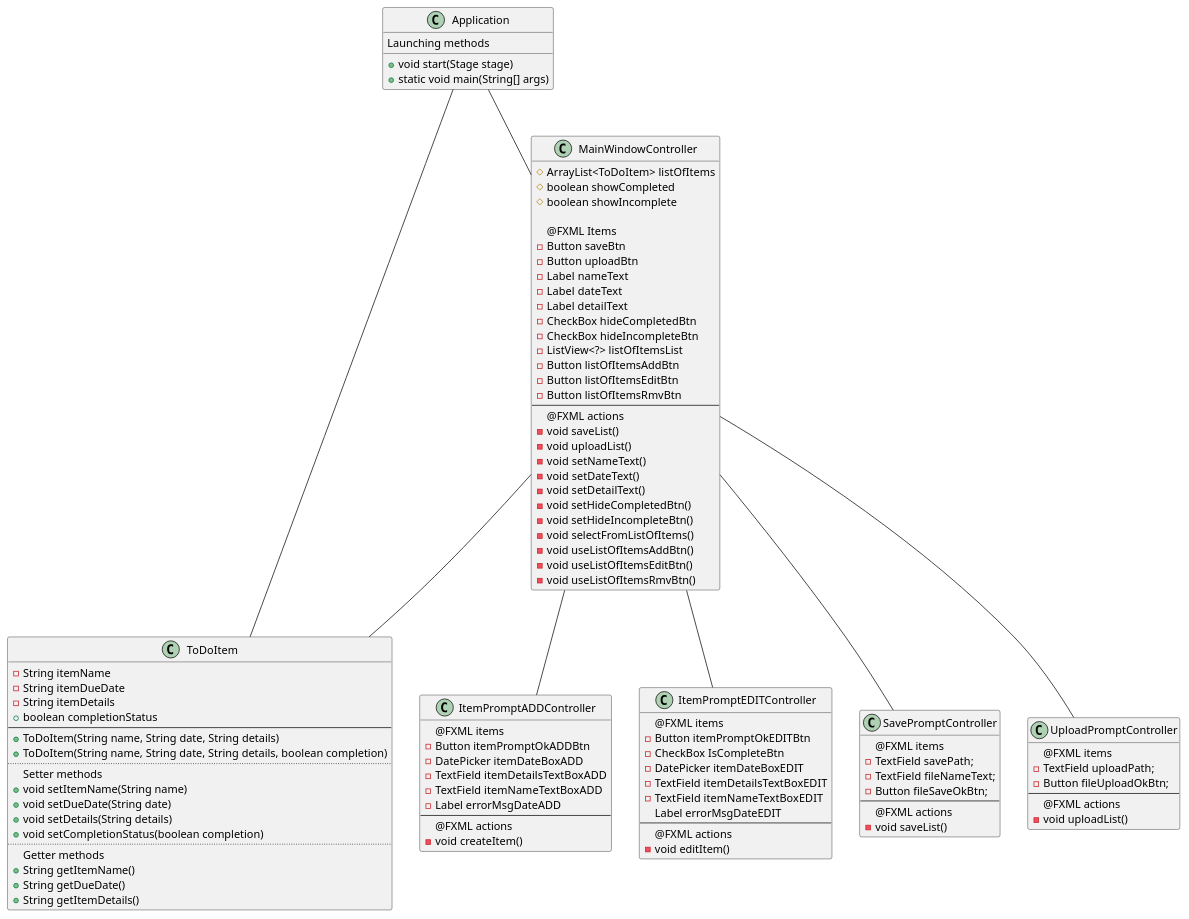
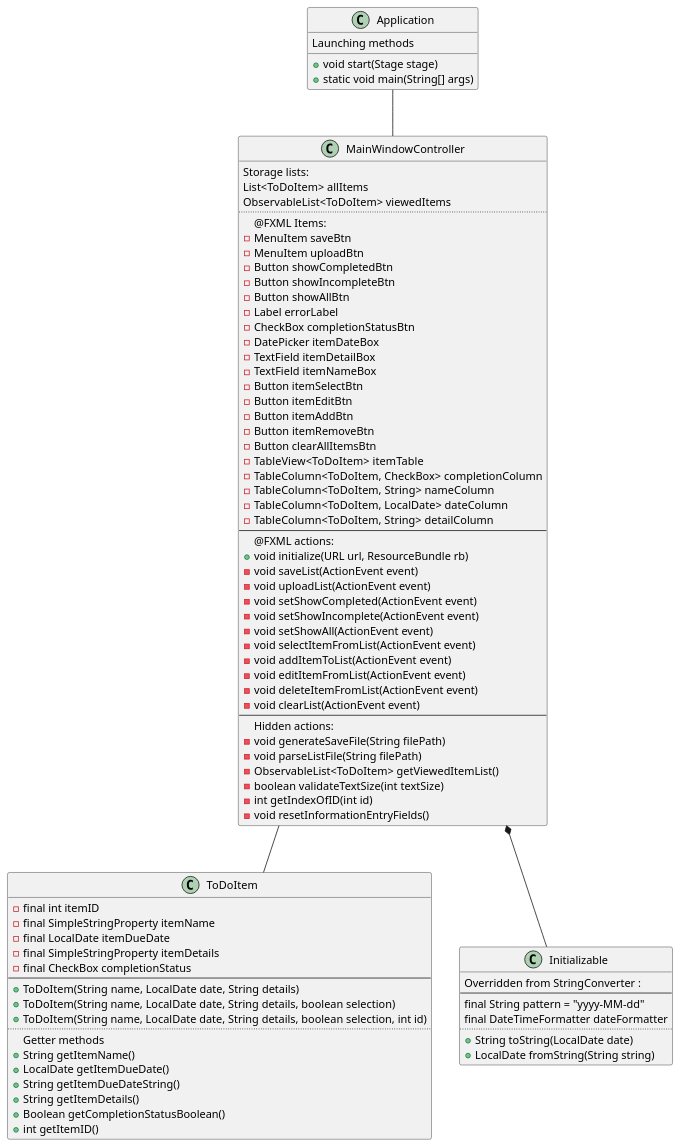
The diagram in ToDoApp/docs/ToDoAppUML.puml (CATastrophic141/Simpson-app1-impl), drawn with PlantUML before and after one commit. The commit also changed 14 other files, not shown here.

Commit message:
Final fixes, UML diagram, and JUnit Testing

```diff
--- a/ToDoApp/docs/ToDoAppUML.puml
+++ b/ToDoApp/docs/ToDoAppUML.puml
@@ -1,112 +1,89 @@
 @startuml
 class ToDoItem {
-  - String itemName
-  - String itemDueDate
-  - String itemDetails
-  + boolean completionStatus
+      - final int itemID
+      - final SimpleStringProperty itemName
+      - final LocalDate itemDueDate
+      - final SimpleStringProperty itemDetails
+      - final CheckBox completionStatus
 --
-  + ToDoItem(String name, String date, String details)
-  + ToDoItem(String name, String date, String details, boolean completion)
-..
-Setter methods
-  + void setItemName(String name)
-  + void setDueDate(String date)
-  + void setDetails(String details)
-  + void setCompletionStatus(boolean completion)
+  + ToDoItem(String name, LocalDate date, String details)
+  + ToDoItem(String name, LocalDate date, String details, boolean selection)
+  + ToDoItem(String name, LocalDate date, String details, boolean selection, int id)
 ..
 Getter methods
   + String getItemName()
-  + String getDueDate()
+  + LocalDate getItemDueDate()
+  + String getItemDueDateString()
   + String getItemDetails()
+  + Boolean getCompletionStatusBoolean()
+  + int getItemID()
 }
 MainWindowController -- ToDoItem
-Application -- ToDoItem
 
 class Application {
 Launching methods
-  + void start(Stage stage)
-  + static void main(String[] args)
+ + void start(Stage stage)
+ + static void main(String[] args)
 }
 
 class MainWindowController {
-  # ArrayList<ToDoItem> listOfItems
-  # boolean showCompleted
-  # boolean showIncomplete
-
-    @FXML Items
-        - Button saveBtn
-        - Button uploadBtn
-        - Label nameText
-        - Label dateText
-        - Label detailText
-        - CheckBox hideCompletedBtn
-        - CheckBox hideIncompleteBtn
-        - ListView<?> listOfItemsList
-        - Button listOfItemsAddBtn
-        - Button listOfItemsEditBtn
-        - Button listOfItemsRmvBtn
+  Storage lists:
+      List<ToDoItem> allItems
+      ObservableList<ToDoItem> viewedItems
+  ..
+  @FXML Items:
+       - MenuItem saveBtn
+       - MenuItem uploadBtn
+       - Button showCompletedBtn
+       - Button showIncompleteBtn
+       - Button showAllBtn
+       - Label errorLabel
+       - CheckBox completionStatusBtn
+       - DatePicker itemDateBox
+       - TextField itemDetailBox
+       - TextField itemNameBox
+       - Button itemSelectBtn
+       - Button itemEditBtn
+       - Button itemAddBtn
+       - Button itemRemoveBtn
+       - Button clearAllItemsBtn
+       - TableView<ToDoItem> itemTable
+            - TableColumn<ToDoItem, CheckBox> completionColumn
+            - TableColumn<ToDoItem, String> nameColumn
+            - TableColumn<ToDoItem, LocalDate> dateColumn
+            - TableColumn<ToDoItem, String> detailColumn
   --
-    @FXML actions
-        - void saveList()
-        - void uploadList()
-        - void setNameText()
-        - void setDateText()
-        - void setDetailText()
-        - void setHideCompletedBtn()
-        - void setHideIncompleteBtn()
-        - void selectFromListOfItems()
-        - void useListOfItemsAddBtn()
-        - void useListOfItemsEditBtn()
-        - void useListOfItemsRmvBtn()
+    @FXML actions:
+        + void initialize(URL url, ResourceBundle rb)
+        - void saveList(ActionEvent event)
+        - void uploadList(ActionEvent event)
+        - void setShowCompleted(ActionEvent event)
+        - void setShowIncomplete(ActionEvent event)
+        - void setShowAll(ActionEvent event)
+        - void selectItemFromList(ActionEvent event)
+        - void addItemToList(ActionEvent event)
+        - void editItemFromList(ActionEvent event)
+        - void deleteItemFromList(ActionEvent event)
+        - void clearList(ActionEvent event)
+  --
+    Hidden actions:
+        - void generateSaveFile(String filePath)
+        - void parseListFile(String filePath)
+        - ObservableList<ToDoItem> getViewedItemList()
+        - boolean validateTextSize(int textSize)
+        - int getIndexOfID(int id)
+        - void resetInformationEntryFields()
 }
 Application -- MainWindowController
+MainWindowController *-- Initializable
 
-class ItemPromptADDController {
-    @FXML items
-      - Button itemPromptOkADDBtn
-      - DatePicker itemDateBoxADD
-      - TextField itemDetailsTextBoxADD
-      - TextField itemNameTextBoxADD
-      - Label errorMsgDateADD
+class Initializable {
+Overridden from StringConverter :
 --
-    @FXML actions
-      - void createItem()
+final String pattern = "yyyy-MM-dd"
+final DateTimeFormatter dateFormatter
+..
+ + String toString(LocalDate date)
+ + LocalDate fromString(String string)
 }
-MainWindowController -- ItemPromptADDController
-
-class ItemPromptEDITController {
-    @FXML items
-      - Button itemPromptOkEDITBtn
-      - CheckBox IsCompleteBtn
-      - DatePicker itemDateBoxEDIT
-      - TextField itemDetailsTextBoxEDIT
-      - TextField itemNameTextBoxEDIT
-      Label errorMsgDateEDIT
---
-    @FXML actions
-      - void editItem()
-}
-MainWindowController -- ItemPromptEDITController
-
-class SavePromptController {
-    @FXML items
-      - TextField savePath;
-      - TextField fileNameText;
-      - Button fileSaveOkBtn;
---
-    @FXML actions
-      - void saveList()
-}
-MainWindowController -- SavePromptController
-
-class UploadPromptController {
-    @FXML items
-      - TextField uploadPath;
-      - Button fileUploadOkBtn;
---
-    @FXML actions
-      - void uploadList()
-}
-
-MainWindowController -- UploadPromptController
 @enduml
```
